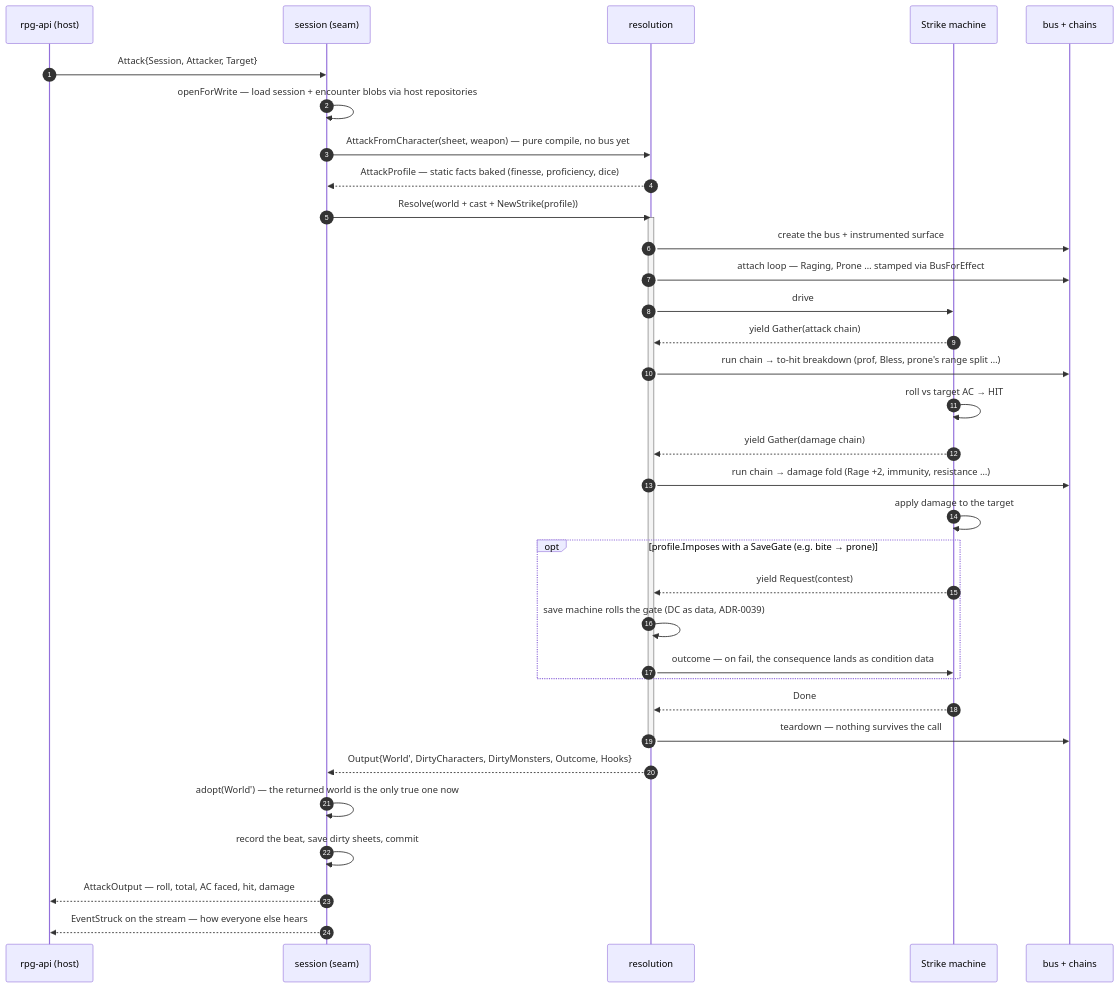
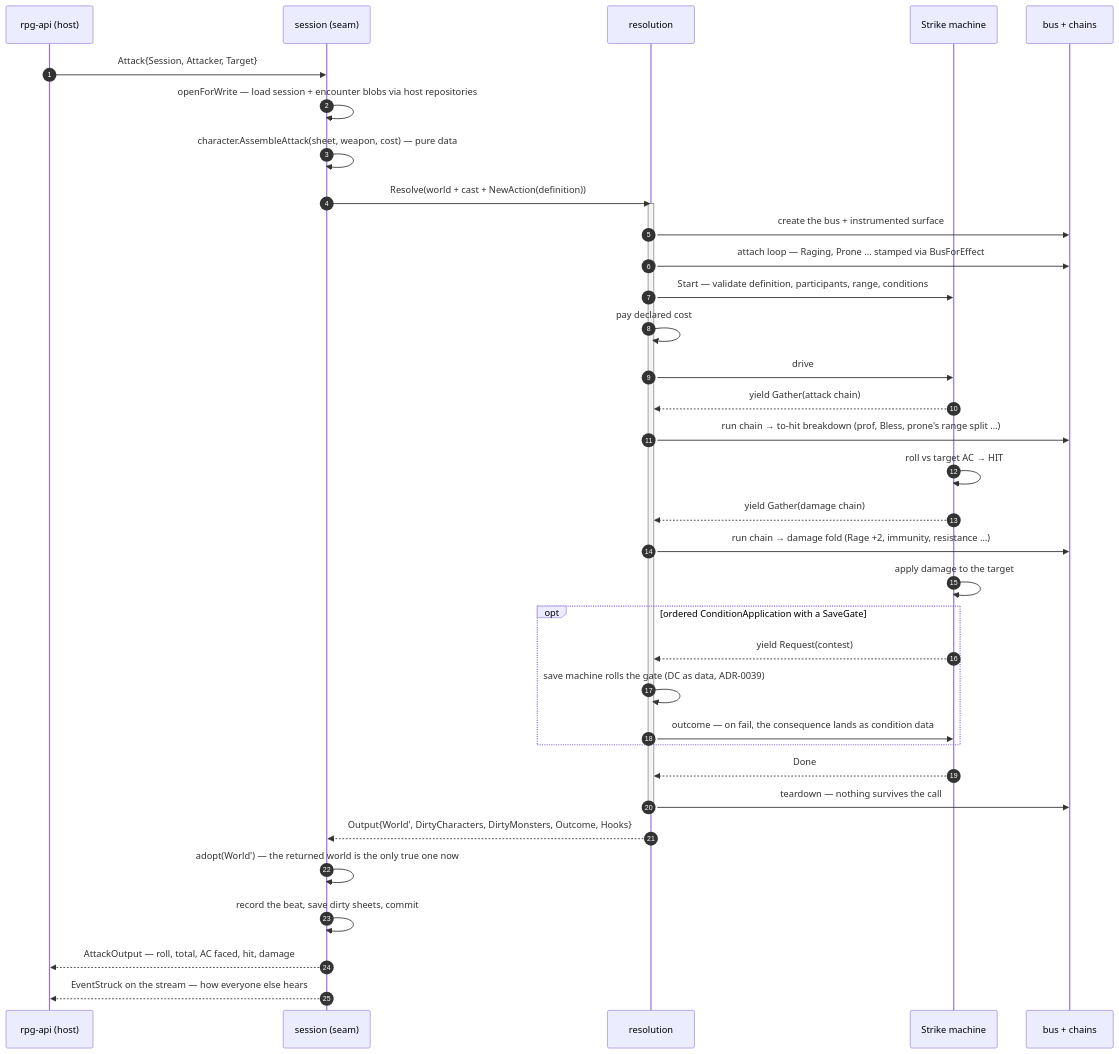
The first of 2 diagrams in docs/architecture/how-it-plays.md (KirkDiggler/rpg-toolkit), drawn with Mermaid before and after one commit. The commit also changed other lines of this file and 11 other files, not shown here.

````diff
--- a/docs/architecture/how-it-plays.md
+++ b/docs/architecture/how-it-plays.md
@@ -25,38 +25,39 @@
 ```mermaid
 sequenceDiagram
     autonumber
     participant API as rpg-api (host)
     participant S as session (seam)
     participant R as resolution
     participant M as Strike machine
     participant B as bus + chains
 
     API->>S: Attack{Session, Attacker, Target}
     S->>S: openForWrite — load session + encounter blobs via host repositories
-    S->>R: AttackFromCharacter(sheet, weapon) — pure compile, no bus yet
-    R-->>S: AttackProfile — static facts baked (finesse, proficiency, dice)
-    S->>R: Resolve(world + cast + NewStrike(profile))
+    S->>S: character.AssembleAttack(sheet, weapon, cost) — pure data
+    S->>R: Resolve(world + cast + NewAction(definition))
     activate R
     R->>B: create the bus + instrumented surface
     R->>B: attach loop — Raging, Prone … stamped via BusForEffect
+    R->>M: Start — validate definition, participants, range, conditions
+    R->>R: pay declared cost
     R->>M: drive
     M-->>R: yield Gather(attack chain)
     R->>B: run chain → to-hit breakdown (prof, Bless, prone's range split …)
     M->>M: roll vs target AC → HIT
     M-->>R: yield Gather(damage chain)
     R->>B: run chain → damage fold (Rage +2, immunity, resistance …)
     M->>M: apply damage to the target
-    opt profile.Imposes with a SaveGate (e.g. bite → prone)
+    opt ordered ConditionApplication with a SaveGate
         M-->>R: yield Request(contest)
         R->>R: save machine rolls the gate (DC as data, ADR-0039)
         R->>M: outcome — on fail, the consequence lands as condition data
     end
     M-->>R: Done
     R->>B: teardown — nothing survives the call
     deactivate R
     R-->>S: Output{World', DirtyCharacters, DirtyMonsters, Outcome, Hooks}
     S->>S: adopt(World') — the returned world is the only true one now
     S->>S: record the beat, save dirty sheets, commit
     S-->>API: AttackOutput — roll, total, AC faced, hit, damage
     S-->>API: EventStruck on the stream — how everyone else hears
 ```
````
